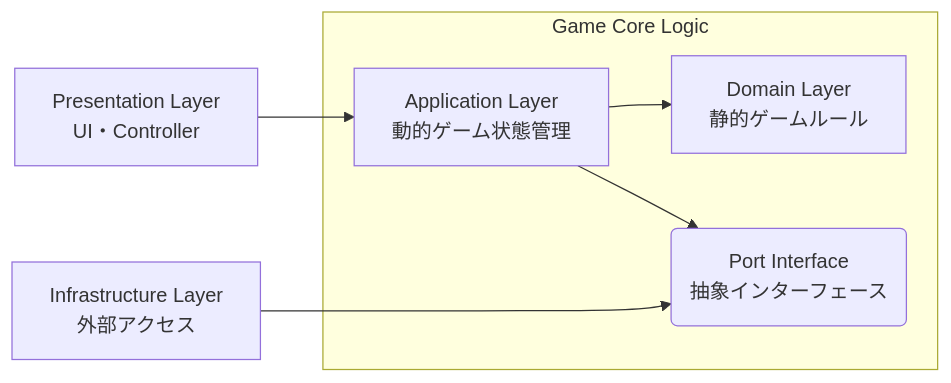
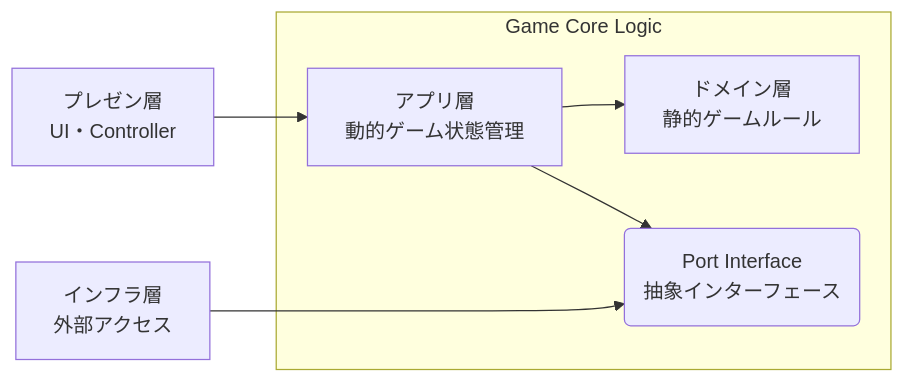
One commit to okmethod/ygo-solitaire changed the diagram in docs/architecture/overview.md. Above: the diagram before and after it, drawn with Mermaid. The commit also changed other lines of this file and 32 other files, not shown here.

````diff
--- a/docs/architecture/overview.md
+++ b/docs/architecture/overview.md
@@ -12,15 +12,15 @@
 ```mermaid
   graph LR
     subgraph Game Core Logic
-        D[Domain Layer<br>静的ゲームルール]
-        A[Application Layer<br>動的ゲーム状態管理]
+        D[ドメイン層<br>静的ゲームルール]
+        A[アプリ層<br>動的ゲーム状態管理]
         IP(Port Interface<br>抽象インターフェース)
     end
-    P[Presentation Layer<br>UI・Controller]
-    I[Infrastructure Layer<br>外部アクセス]
+    P[プレゼン層<br>UI・Controller]
+    I[インフラ層<br>外部アクセス]
 
     P --> A
     A --> D
     A --> IP
     I ---> IP
 ```
````
